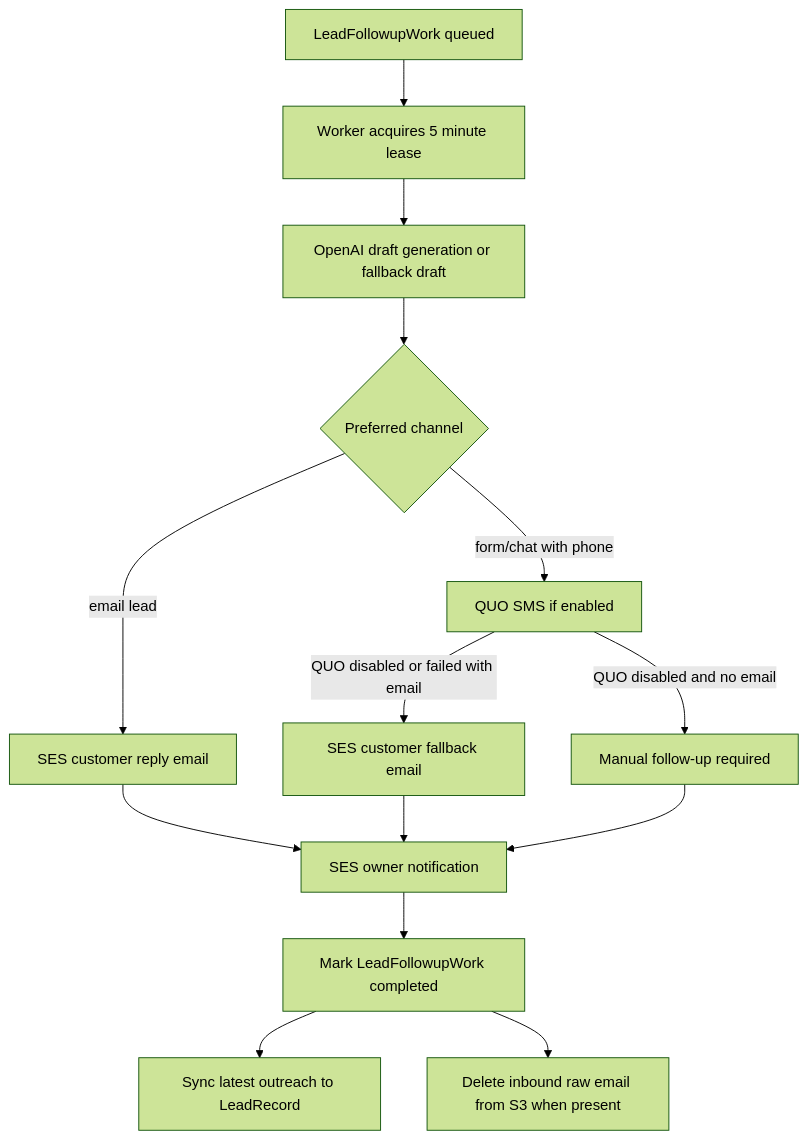
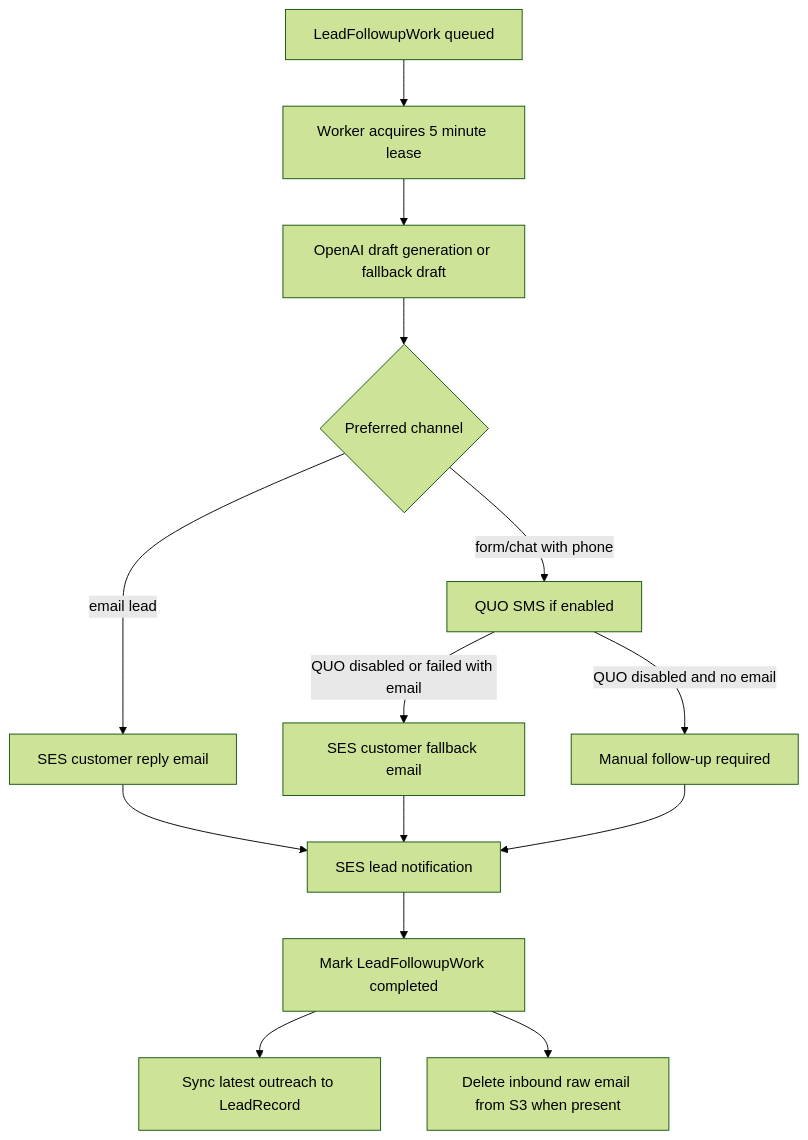
Before and after one commit to michaelgiraldo/craigs-autos: the second of 6 diagrams in docs/ai-lead-platform-readiness-review-2026-04-20.md, drawn with Mermaid (forest theme). The commit also changed other lines of this file and 36 other files, not shown here.

Commit message:
Refactor lead notification email templates

````diff
--- a/docs/ai-lead-platform-readiness-review-2026-04-20.md
+++ b/docs/ai-lead-platform-readiness-review-2026-04-20.md
@@ -119,16 +119,16 @@
 ```mermaid
 flowchart TD
   Work["LeadFollowupWork queued"] --> Lease["Worker acquires 5 minute lease"]
   Lease --> Drafts["OpenAI draft generation or fallback draft"]
   Drafts --> Channel{"Preferred channel"}
   Channel -->|"email lead"| EmailFirst["SES customer reply email"]
   Channel -->|"form/chat with phone"| SmsFirst["QUO SMS if enabled"]
   SmsFirst -->|"QUO disabled or failed with email"| EmailFallback["SES customer fallback email"]
   SmsFirst -->|"QUO disabled and no email"| Manual["Manual follow-up required"]
-  EmailFirst --> Owner["SES owner notification"]
+  EmailFirst --> Owner["SES lead notification"]
   EmailFallback --> Owner
   Manual --> Owner
   Owner --> Complete["Mark LeadFollowupWork completed"]
   Complete --> Sync["Sync latest outreach to LeadRecord"]
   Complete --> Cleanup["Delete inbound raw email from S3 when present"]
 ```
````
